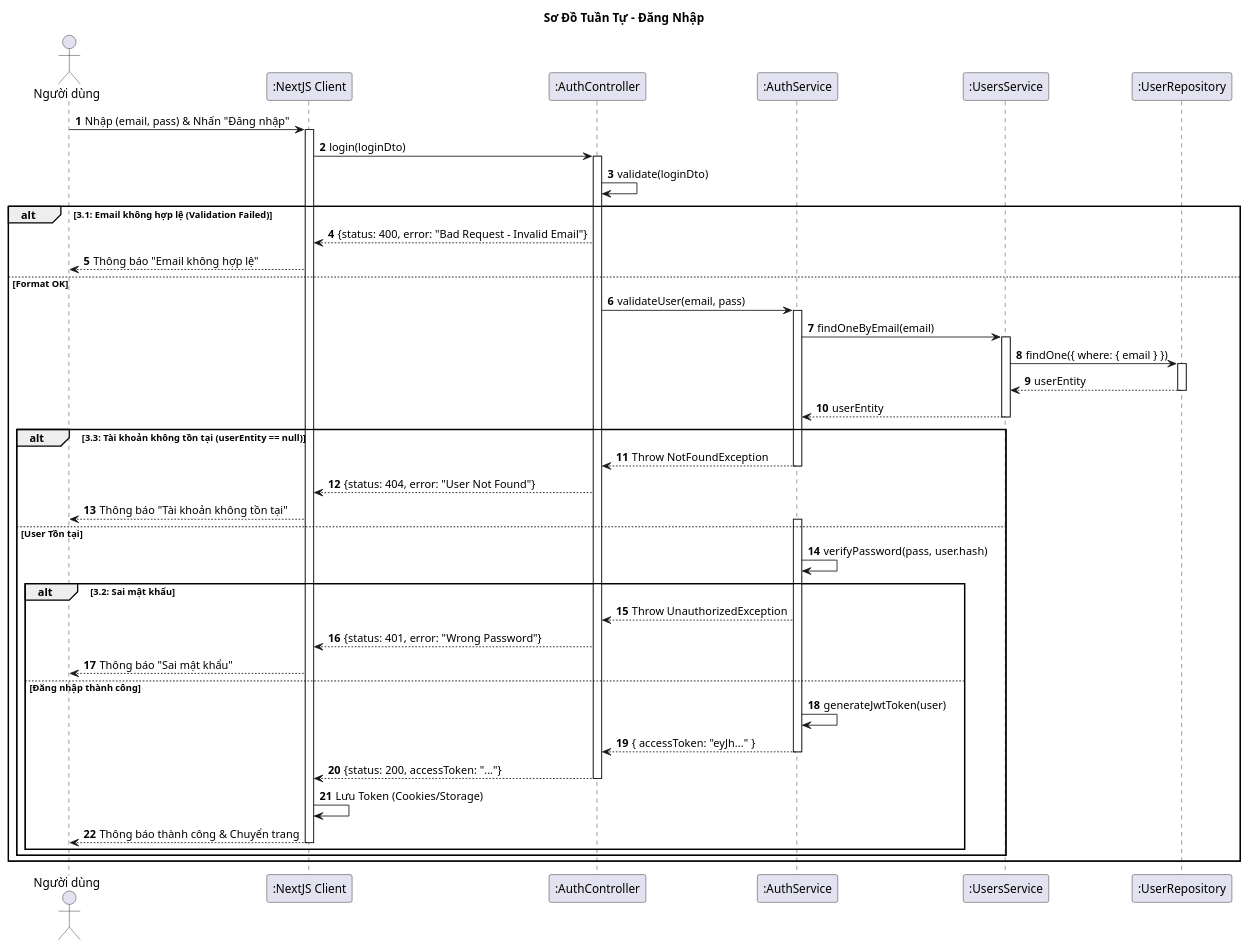
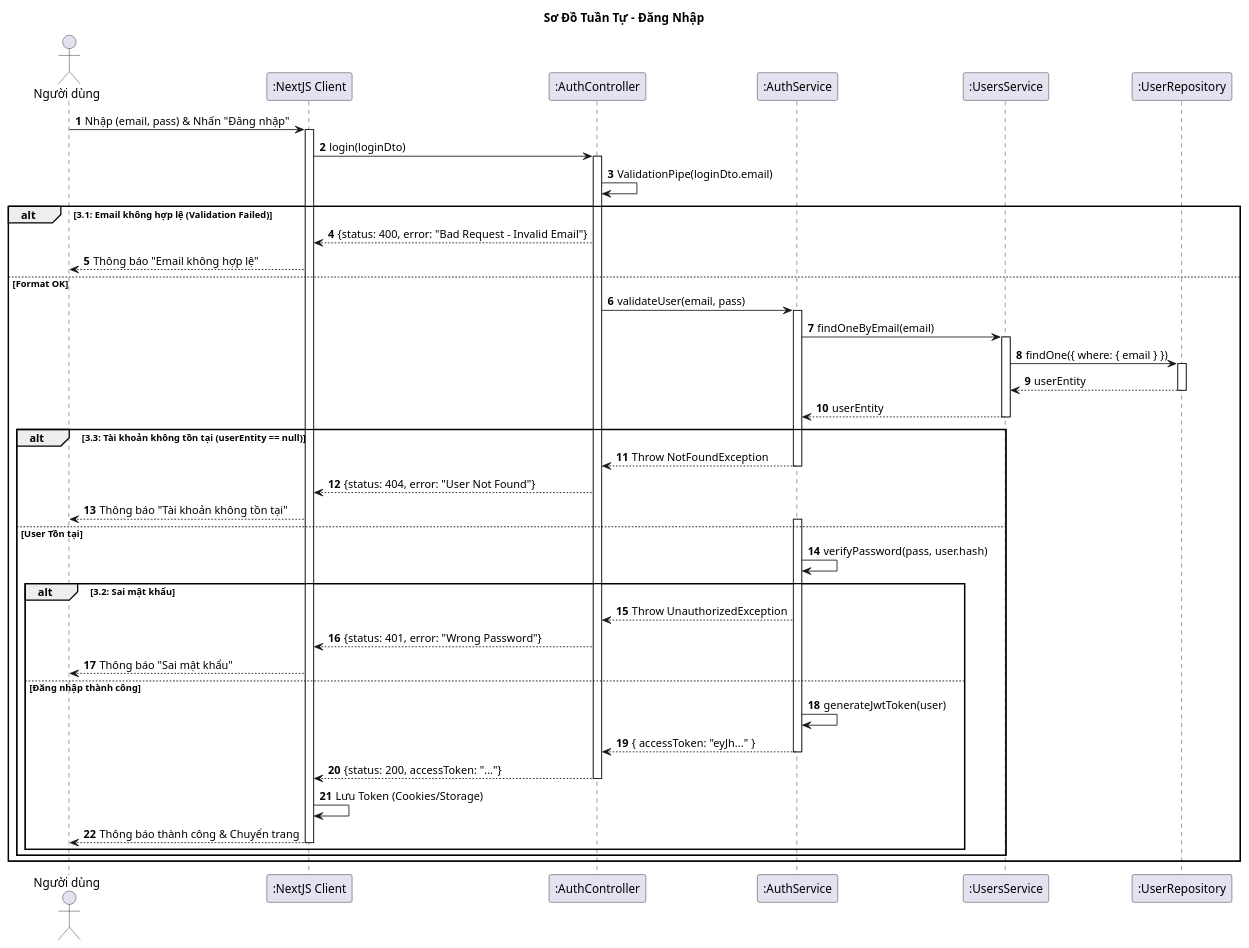
Before and after one commit to vinh047/soundwave: the diagram in Diagrams/SequenceDiagram/LoginSD.plantuml, drawn with PlantUML. The commit also changed 4 other files, not shown here.

```diff
--- a/Diagrams/SequenceDiagram/LoginSD.plantuml
+++ b/Diagrams/SequenceDiagram/LoginSD.plantuml
@@ -1,82 +1,82 @@
 @startuml Sequence Diagram - Đăng Nhập 
 
 title Sơ Đồ Tuần Tự - Đăng Nhập 
 
 actor "Người dùng" as User
 participant ":NextJS Client" as UI
 participant ":AuthController" as Controller
 participant ":AuthService" as AuthService
 participant ":UsersService" as UserService
 participant ":UserRepository" as DB
 
 autonumber
 
 ' === BƯỚC 1 & 2: GỬI YÊU CẦU ===
 User -> UI: Nhập (email, pass) & Nhấn "Đăng nhập"
 activate UI
 
 ' NestJS dùng DTO để hứng dữ liệu
 UI -> Controller: login(loginDto)
 activate Controller
 
 ' === BƯỚC 3: XỬ LÝ LOGIC ===
 
 ' --- CHECK 1: ĐỊNH DẠNG EMAIL (Validation Pipe) ---
-Controller -> Controller: validate(loginDto)
+Controller -> Controller: ValidationPipe(loginDto.email)
 alt 3.1: Email không hợp lệ (Validation Failed)
     Controller --> UI: {status: 400, error: "Bad Request - Invalid Email"}
     UI --> User: Thông báo "Email không hợp lệ"
 
 else Format OK
     ' Controller gọi AuthService để xử lý nghiệp vụ
     Controller -> AuthService: validateUser(email, pass)
     activate AuthService
 
-    ' --- CHECK 2: TÌM USER (Gọi sang UsersService) ---
+    ' --- CHECK 2: TÌM USER (Gọi sang UserService) ---
     AuthService -> UserService: findOneByEmail(email)
     activate UserService
     
     ' Service gọi Repository (TypeORM)
     UserService -> DB: findOne({ where: { email } })
     activate DB
     DB --> UserService: userEntity
     deactivate DB
     
     UserService --> AuthService: userEntity
     deactivate UserService
     
     alt 3.3: Tài khoản không tồn tại (userEntity == null)
         AuthService --> Controller: Throw NotFoundException
         deactivate AuthService
         Controller --> UI: {status: 404, error: "User Not Found"}
         UI --> User: Thông báo "Tài khoản không tồn tại"
         
     else User Tồn tại
         activate AuthService
         ' --- CHECK 3: MẬT KHẨU ---
         ' Sử dụng bcrypt để so sánh
         AuthService -> AuthService: verifyPassword(pass, user.hash)
         
         alt 3.2: Sai mật khẩu
             AuthService --> Controller: Throw UnauthorizedException
             Controller --> UI: {status: 401, error: "Wrong Password"}
             UI --> User: Thông báo "Sai mật khẩu"
             
         else Đăng nhập thành công
             ' --- TẠO TOKEN (JWT) ---
             AuthService -> AuthService: generateJwtToken(user)
             
             AuthService --> Controller: { accessToken: "eyJh..." }
             deactivate AuthService
             
             Controller --> UI: {status: 200, accessToken: "..."}
             deactivate Controller
             
             ' NextJS lưu token và chuyển trang
             UI -> UI: Lưu Token (Cookies/Storage)
             UI --> User: Thông báo thành công & Chuyển trang
             deactivate UI
         end
     end
 end
 @enduml
```
